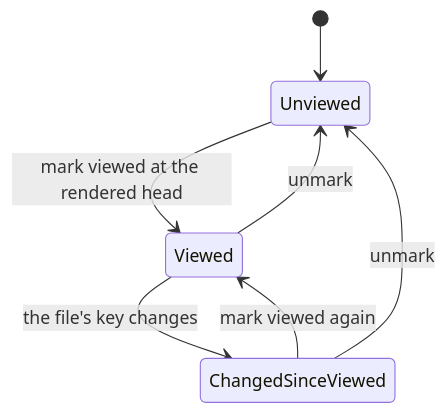
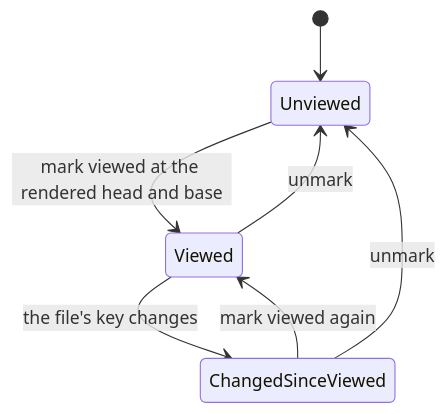
Before and after one commit to avantmedialtd/specforge: the fourth of 4 diagrams in openspec/changes/pull-request-viewer/design.md, drawn with Mermaid. The commit also changed other lines of this file and 3 other files, not shown here.

````diff
--- a/openspec/changes/pull-request-viewer/design.md
+++ b/openspec/changes/pull-request-viewer/design.md
@@ -266,9 +297,9 @@
 ```mermaid
 stateDiagram-v2
   [*] --> Unviewed
-  Unviewed --> Viewed: mark viewed at the rendered head
+  Unviewed --> Viewed: mark viewed at the rendered head and base
   Viewed --> Unviewed: unmark
   Viewed --> ChangedSinceViewed: the file's key changes
   ChangedSinceViewed --> Viewed: mark viewed again
   ChangedSinceViewed --> Unviewed: unmark
 ```
````
